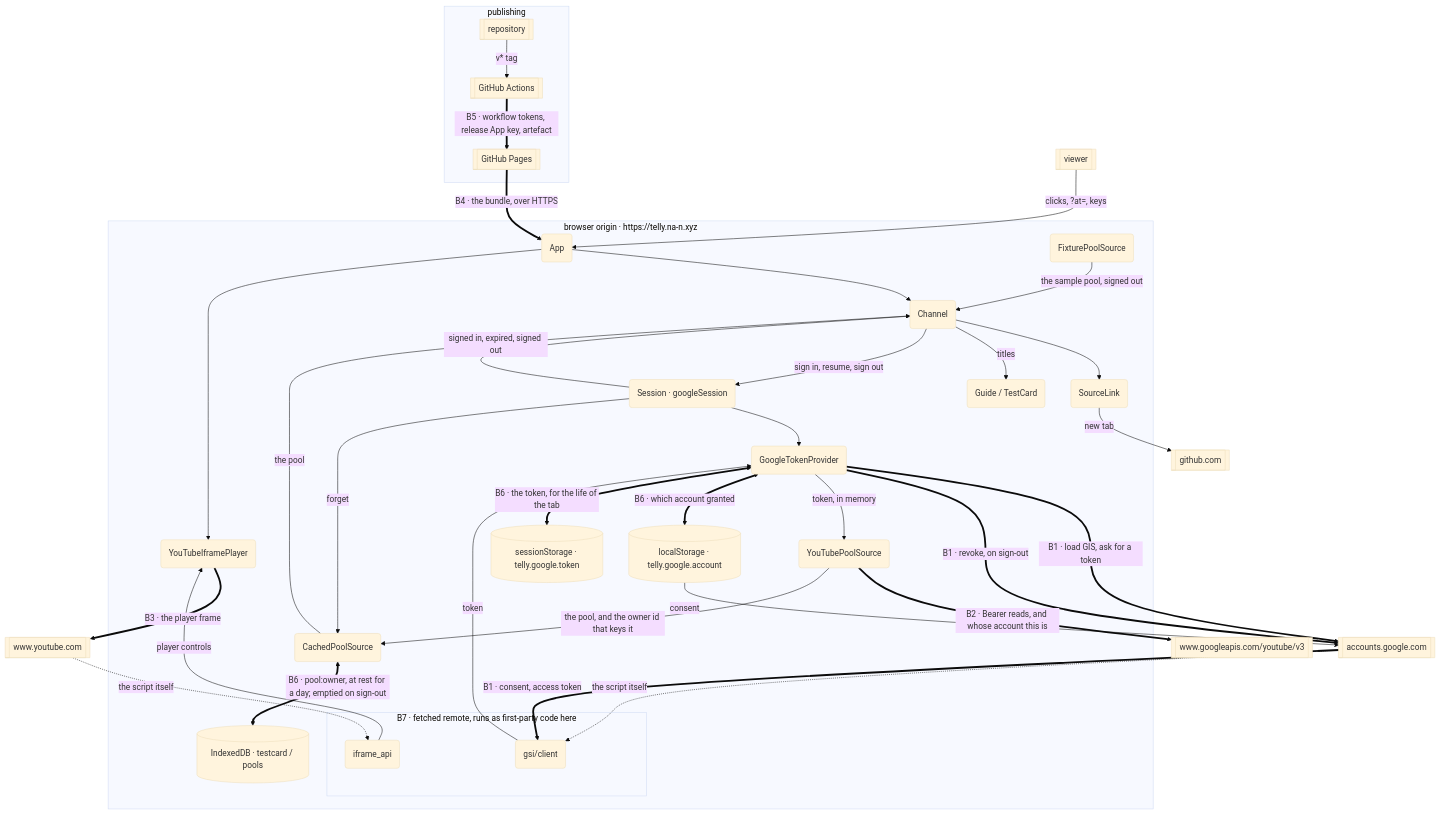
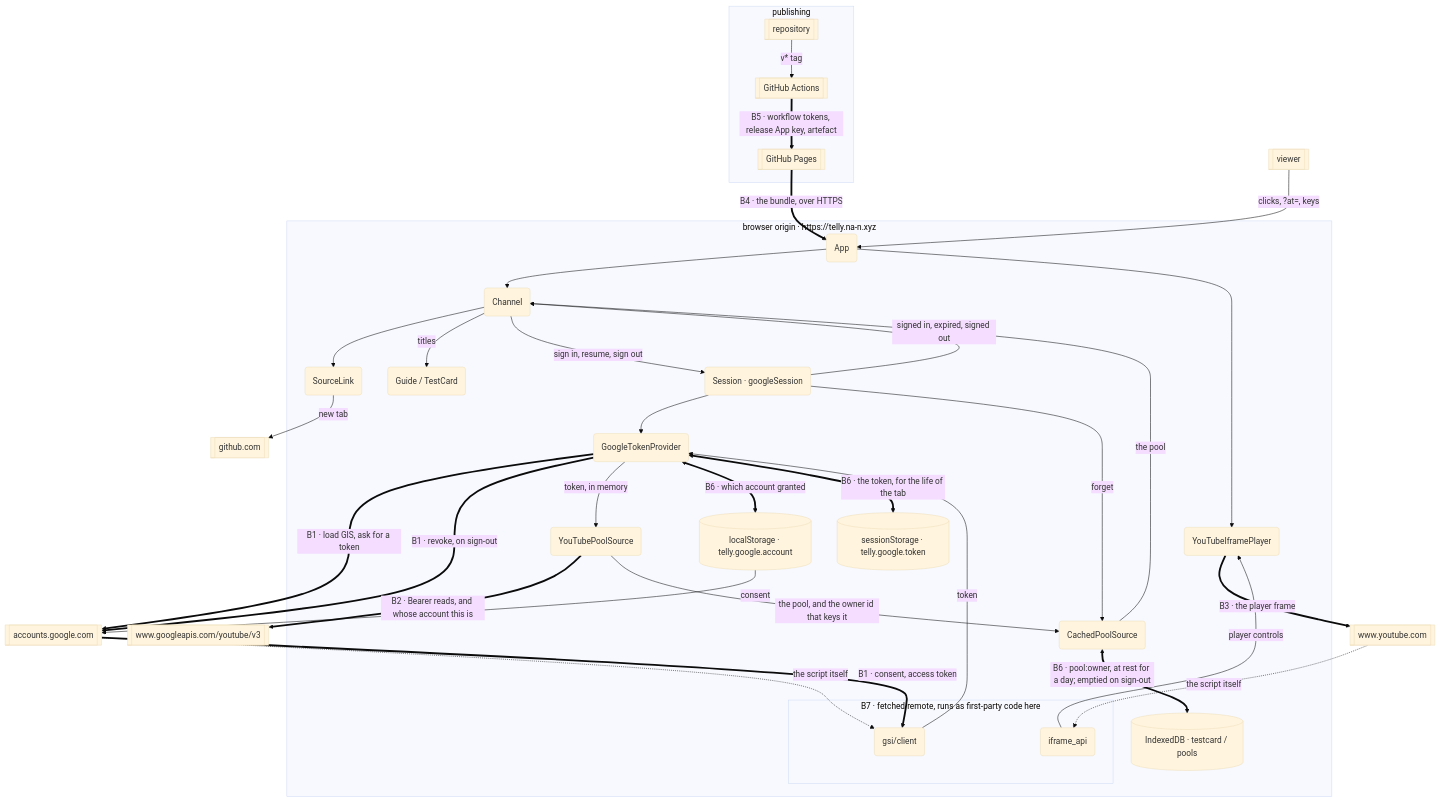
The diagram in docs/architecture/threat-model.md (coolhandle01/telly), drawn with Mermaid (base theme) before and after one commit. The commit also changed other lines of this file and 159 other files, not shown here.

````diff
--- a/docs/architecture/threat-model.md
+++ b/docs/architecture/threat-model.md
@@ -21,71 +21,69 @@
 ```mermaid
 flowchart TB
   viewer[["viewer"]]
   account[["Google account"]]
 
   subgraph build["publishing"]
     repo[["repository"]] -->|"v* tag"| actions[["GitHub Actions"]]
     actions ==>|"B5 · workflow tokens, release App key, artefact"| pages[["GitHub Pages"]]
   end
 
   subgraph origin["browser origin · https://telly.na-n.xyz"]
     app("App")
     channel("Channel")
     guide("Guide / TestCard")
     sourcelink("SourceLink")
     session("Session · googleSession")
     provider("GoogleTokenProvider")
     ytpool("YouTubePoolSource")
     cached("CachedPoolSource")
-    fixture("FixturePoolSource")
     idb[("IndexedDB · testcard / pools")]
     account[("localStorage · telly.google.account")]
     token[("sessionStorage · telly.google.token")]
     player("YouTubeIframePlayer")
 
     subgraph scripts["B7 · fetched remote, runs as first-party code here"]
       gsi("gsi/client")
       ytapi("iframe_api")
     end
   end
 
   accounts[["accounts.google.com"]]
   api[["www.googleapis.com/youtube/v3"]]
   youtube[["www.youtube.com"]]
   github[["github.com"]]
 
   pages ==>|"B4 · the bundle, over HTTPS"| app
   viewer -->|"clicks, ?at=, keys"| app
   account -->|"consent"| accounts
 
   app --> channel
   app --> player
   channel --> sourcelink
   channel -->|"titles"| guide
   cached -->|"the pool"| channel
-  fixture -->|"the sample pool, signed out"| channel
 
   channel -->|"sign in, resume, sign out"| session
   session -->|"signed in, expired, signed out"| channel
   session --> provider
   session -->|"forget"| cached
 
   provider ==>|"B1 · load GIS, ask for a token"| accounts
   provider ==>|"B1 · revoke, on sign-out"| accounts
   accounts -.->|"the script itself"| gsi
   accounts ==>|"B1 · consent, access token"| gsi
   gsi -->|"token"| provider
   provider -->|"token, in memory"| ytpool
   provider <==>|"B6 · which account granted"| account
   provider <==>|"B6 · the token, for the life of the tab"| token
 
   ytpool ==>|"B2 · Bearer reads, and whose account this is"| api
   ytpool -->|"the pool, and the owner id that keys it"| cached
   cached <==>|"B6 · pool:owner, at rest for a day; emptied on sign-out"| idb
 
   player ==>|"B3 · the player frame"| youtube
   youtube -.->|"the script itself"| ytapi
   ytapi -->|"player controls"| player
 
   sourcelink -->|"new tab"| github
 ```
````
